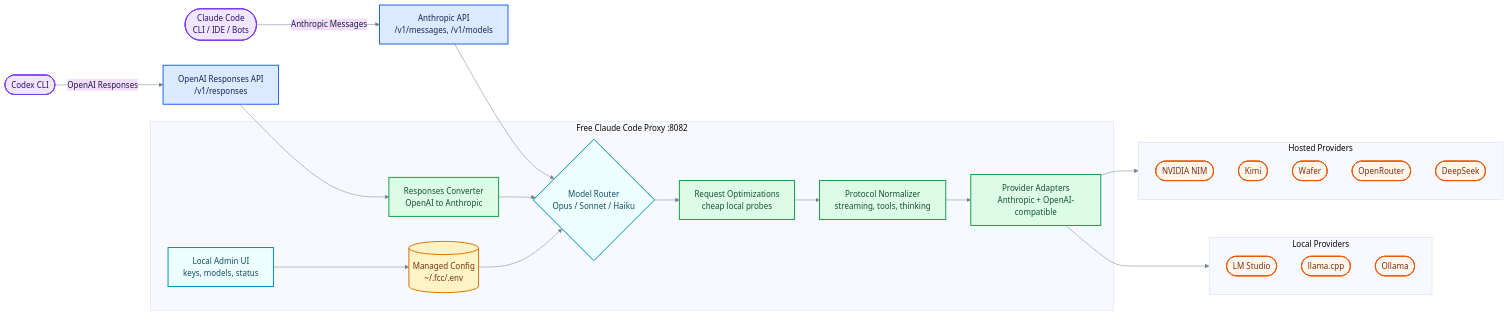
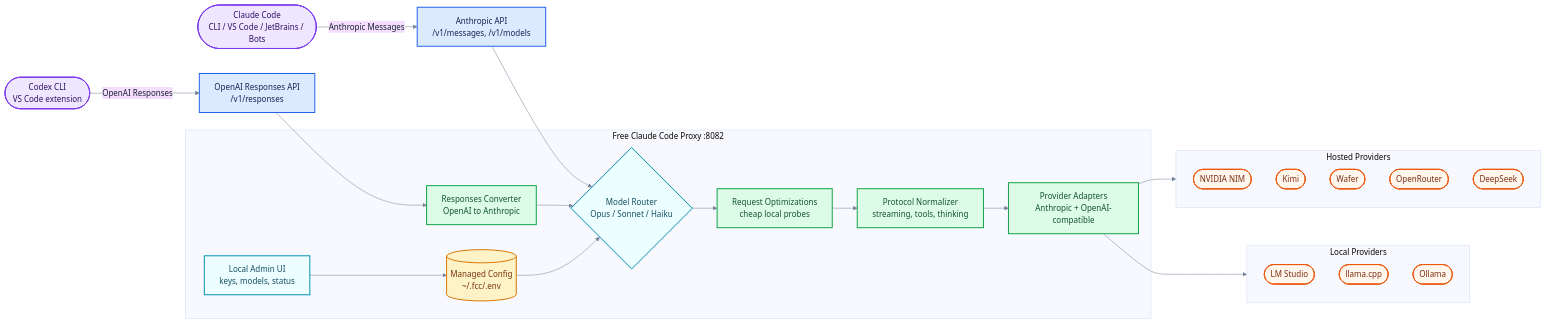
Before and after one commit to shinmentakezo07/shin07: the diagram in assets/how-it-works.mmd, drawn with Mermaid. The commit also changed 2 other files, not shown here.

```diff
--- a/assets/how-it-works.mmd
+++ b/assets/how-it-works.mmd
@@ -1,57 +1,57 @@
 %%{init: {"theme": "base", "themeVariables": {"fontFamily": "Inter, ui-sans-serif, system-ui, Segoe UI, Arial", "background": "transparent", "primaryTextColor": "#172033", "lineColor": "#718096"}}}%%
 flowchart LR
-    claudeClient(["Claude Code<br/>CLI / IDE / Bots"])
-    codexClient(["Codex CLI"])
+    claudeClient(["Claude Code<br/>CLI / VS Code / JetBrains / Bots"])
+    codexClient(["Codex CLI<br/>VS Code extension"])
     messagesApi["Anthropic API<br/>/v1/messages, /v1/models"]
     responsesApi["OpenAI Responses API<br/>/v1/responses"]
 
     subgraph proxy["Free Claude Code Proxy :8082"]
         admin["Local Admin UI<br/>keys, models, status"]
         config[("Managed Config<br/>~/.fcc/.env")]
         convert["Responses Converter<br/>OpenAI to Anthropic"]
         router{"Model Router<br/>Opus / Sonnet / Haiku"}
         optimize["Request Optimizations<br/>cheap local probes"]
         normalize["Protocol Normalizer<br/>streaming, tools, thinking"]
         adapters["Provider Adapters<br/>Anthropic + OpenAI-compatible"]
     end
 
     subgraph hosted["Hosted Providers"]
         nim(["NVIDIA NIM"])
         kimi(["Kimi"])
         wafer(["Wafer"])
         openrouter(["OpenRouter"])
         deepseek(["DeepSeek"])
     end
 
     subgraph local["Local Providers"]
         lmstudio(["LM Studio"])
         llamacpp(["llama.cpp"])
         ollama(["Ollama"])
     end
 
     claudeClient -->|"Anthropic Messages"| messagesApi
     codexClient -->|"OpenAI Responses"| responsesApi
     messagesApi --> router
     responsesApi --> convert
     convert --> router
     admin --> config
     config --> router
     router --> optimize
     optimize --> normalize
     normalize --> adapters
     adapters --> hosted
     adapters --> local
 
     classDef client fill:#efe7ff,stroke:#7c3aed,stroke-width:2px,color:#2e1065;
     classDef api fill:#dbeafe,stroke:#2563eb,stroke-width:2px,color:#172554;
     classDef proxy fill:#ecfeff,stroke:#0891b2,stroke-width:2px,color:#164e63;
     classDef config fill:#fef3c7,stroke:#d97706,stroke-width:2px,color:#78350f;
     classDef transform fill:#dcfce7,stroke:#16a34a,stroke-width:2px,color:#14532d;
     classDef provider fill:#fff7ed,stroke:#ea580c,stroke-width:2px,color:#7c2d12;
 
     class claudeClient,codexClient client;
     class messagesApi,responsesApi api;
     class admin,router proxy;
     class config config;
     class convert,optimize,normalize,adapters transform;
     class nim,kimi,wafer,openrouter,deepseek,lmstudio,llamacpp,ollama provider;
```
